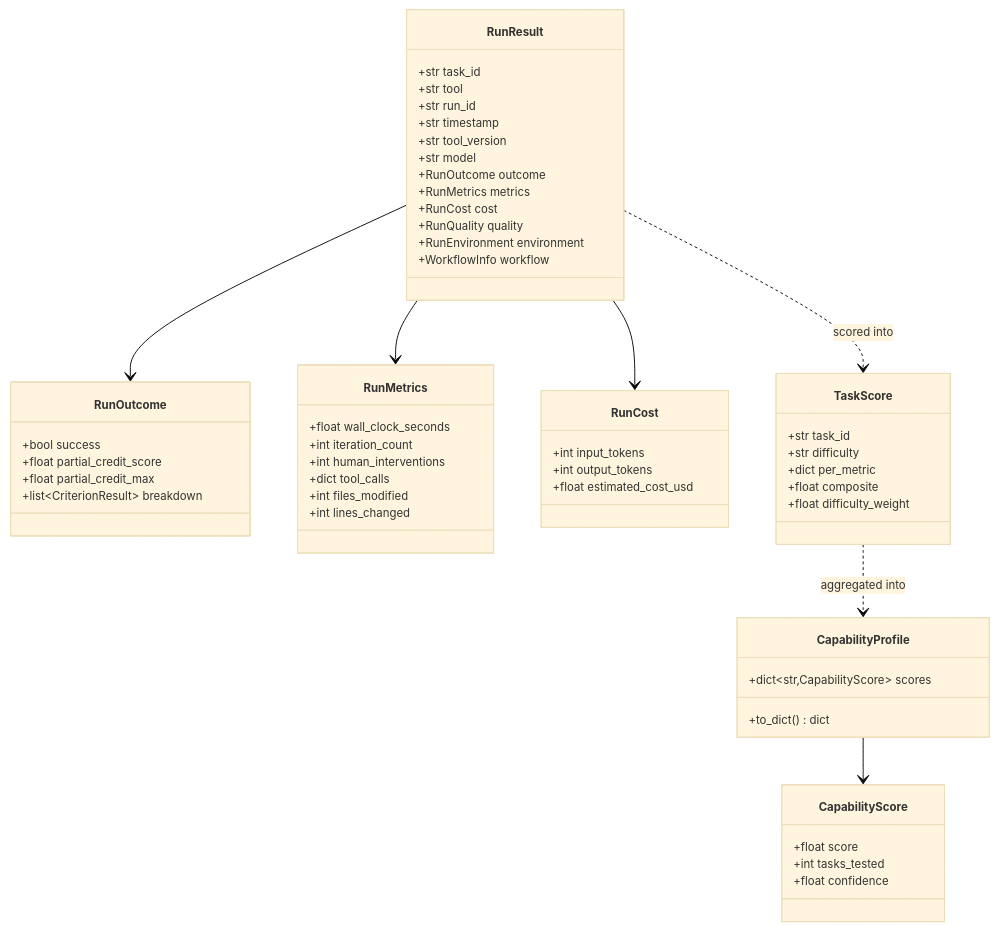
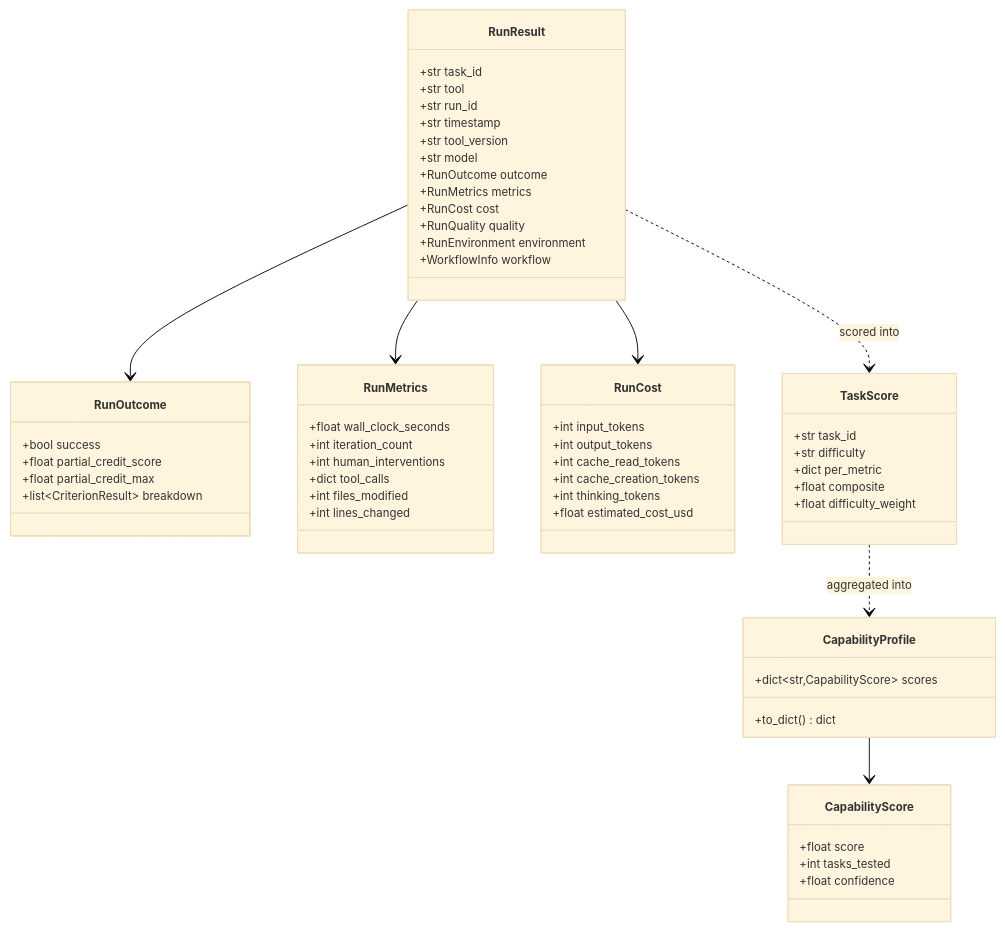
One commit to xmpuspus/ai-workflow-benchmark changed the sixth of 8 diagrams in ARCHITECTURE.md. Above: the diagram before and after it, drawn with Mermaid. The commit also changed other lines of this file and 27 other files, not shown here.

````diff
--- a/ARCHITECTURE.md
+++ b/ARCHITECTURE.md
@@ -358,66 +380,69 @@
 ```mermaid
 %%{init: {'theme': 'base', 'themeVariables': {'fontSize': '12px'}}}%%
 classDiagram
     class RunResult {
         +str task_id
         +str tool
         +str run_id
         +str timestamp
         +str tool_version
         +str model
         +RunOutcome outcome
         +RunMetrics metrics
         +RunCost cost
         +RunQuality quality
         +RunEnvironment environment
         +WorkflowInfo workflow
     }
 
     class RunOutcome {
         +bool success
         +float partial_credit_score
         +float partial_credit_max
         +list~CriterionResult~ breakdown
     }
 
     class RunMetrics {
         +float wall_clock_seconds
         +int iteration_count
         +int human_interventions
         +dict tool_calls
         +int files_modified
         +int lines_changed
     }
 
     class RunCost {
         +int input_tokens
         +int output_tokens
+        +int cache_read_tokens
+        +int cache_creation_tokens
+        +int thinking_tokens
         +float estimated_cost_usd
     }
 
     class TaskScore {
         +str task_id
         +str difficulty
         +dict per_metric
         +float composite
         +float difficulty_weight
     }
 
     class CapabilityProfile {
         +dict~str,CapabilityScore~ scores
         +to_dict() dict
     }
 
     class CapabilityScore {
         +float score
         +int tasks_tested
         +float confidence
     }
 
     RunResult --> RunOutcome
     RunResult --> RunMetrics
     RunResult --> RunCost
     RunResult ..> TaskScore : scored into
     TaskScore ..> CapabilityProfile : aggregated into
     CapabilityProfile --> CapabilityScore
 ```
````
